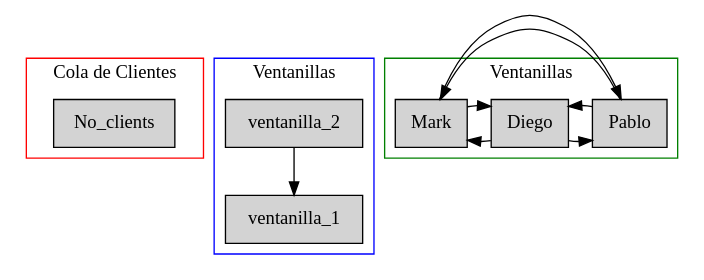
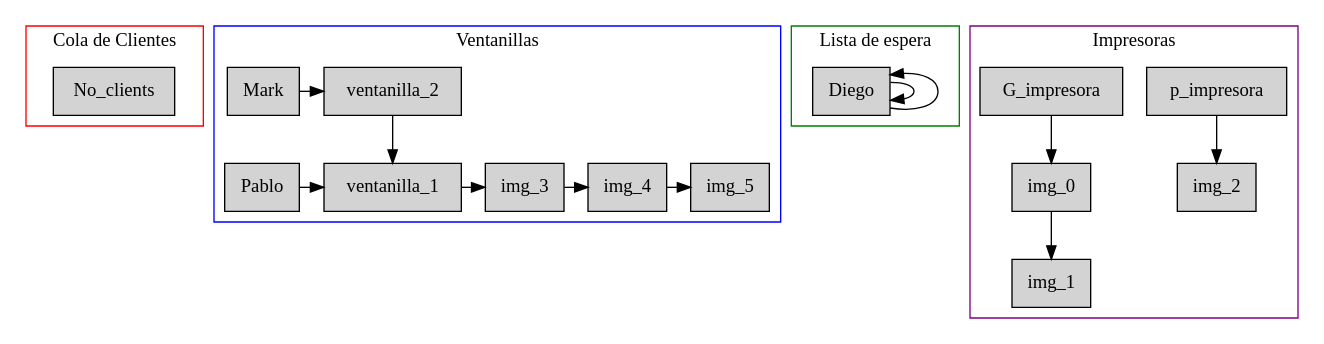
Before and after one commit to DiegoCali/EDD_PROYECTO_202201128: the diagram in graph.dot, drawn with Graphviz. The commit also changed 3 other files, not shown here.

Commit message:
Finished printer graphs, tested so far so good

```diff
--- a/graph.dot
+++ b/graph.dot
@@ -1,30 +1,50 @@
  digraph G{
  subgraph cluster_0{
  node [style=filled, shape=box];
  No_clients;
  label="Cola de Clientes";
  color=red;
  }
  subgraph cluster_1{
  node [style=filled, shape=box];
+ client_2    [label="Mark"];
+ rank=same{
+ client_2     -> ventanilla_2    
+ };
  ventanilla_2     -> ventanilla_1    ;
+ client_1    [label="Pablo"];
+ rank=same{
+ client_1     -> ventanilla_1    
+->  img_3    
+ ->  img_4    
+ ->  img_5    
+ };
  label="Ventanillas";
  color=blue;
  }
  subgraph cluster_2{
  node [style=filled, shape=box];
  rank=same{
  client_0    [label="Diego"];
- client_0     -> client_1    ;
- client_0     -> client_2    ;
- client_1    [label="Pablo"];
- client_1     -> client_2    ;
- client_1     -> client_0    ;
- client_2    [label="Mark"];
- client_2     -> client_0    ;
- client_2     -> client_1    ;
+ client_0     -> client_0    ;
+ client_0     -> client_0    [dir=back];
  };
- label="Ventanillas";
+ label="Lista de espera";
  color=green;
  }
+ subgraph cluster_3{
+ node [style=filled, shape=box];
+ p_impresora;
+ p_impresora -> img_2    ;
+ label="Impresoras";
+ color=purple;
  }
+ subgraph cluster_3{
+ node [style=filled, shape=box];
+ G_impresora;
+ G_impresora -> img_0    ;
+ img_0     -> img_1    ;
+ label="Impresoras";
+ color=purple;
+ }
+ }
```
